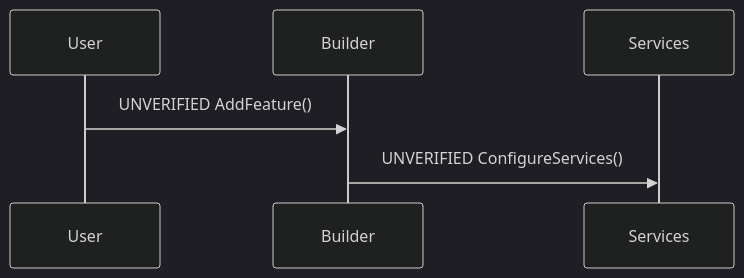
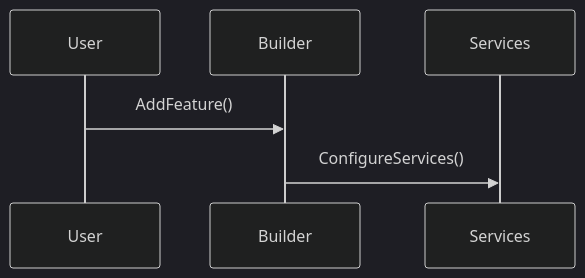
One commit to Gibbs-Morris/mississippi changed the second of 2 diagrams in spec/builder-first-registration/rfc.md. Above: the diagram before and after it, drawn with Mermaid (dark theme). The commit also changed other lines of this file and 6 other files, not shown here.

````diff
--- a/spec/builder-first-registration/rfc.md
+++ b/spec/builder-first-registration/rfc.md
@@ -33,8 +47,8 @@
 ```mermaid
 sequenceDiagram
     participant User
     participant Builder
     participant Services
-    User->>Builder: UNVERIFIED AddFeature()
-    Builder->>Services: UNVERIFIED ConfigureServices()
+    User->>Builder: AddFeature()
+    Builder->>Services: ConfigureServices()
 ```
````
